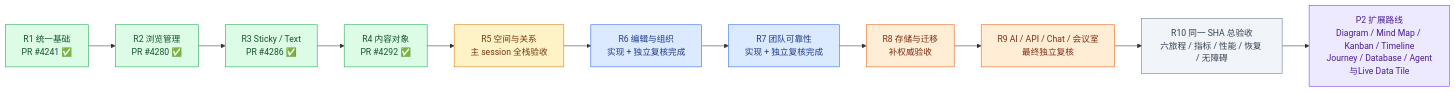
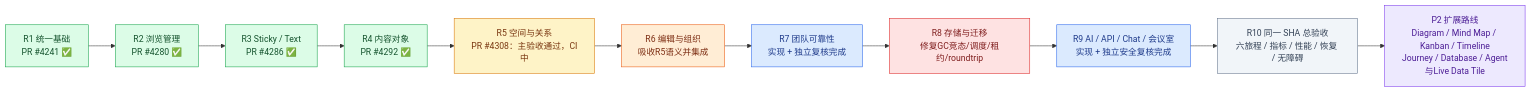
The first of 2 diagrams in phases/phase-19-board-visual-workspace/design-deltas/2026-09-26-unified-board-plan.md (boardx/workspacex), drawn with Mermaid before and after one commit. The commit also changed other lines of this file, not shown here.

````diff
--- a/phases/phase-19-board-visual-workspace/design-deltas/2026-09-26-unified-board-plan.md
+++ b/phases/phase-19-board-visual-workspace/design-deltas/2026-09-26-unified-board-plan.md
@@ -23,19 +23,20 @@
 ```mermaid
 flowchart LR
   R1["R1 统一基础<br/>PR #4241 ✅"]:::merged --> R2["R2 浏览管理<br/>PR #4280 ✅"]:::merged
   R2 --> R3["R3 Sticky / Text<br/>PR #4286 ✅"]:::merged
   R3 --> R4["R4 内容对象<br/>PR #4292 ✅"]:::merged
-  R4 --> R5["R5 空间与关系<br/>主 session 全栈验收"]:::accepting
-  R5 --> R6["R6 编辑与组织<br/>实现 + 独立复核完成"]:::ready
+  R4 --> R5["R5 空间与关系<br/>PR #4308：主验收通过，CI中"]:::accepting
+  R5 --> R6["R6 编辑与组织<br/>吸收R5语义并集成"]:::working
   R6 --> R7["R7 团队可靠性<br/>实现 + 独立复核完成"]:::ready
-  R7 --> R8["R8 存储与迁移<br/>补权威验收"]:::working
-  R8 --> R9["R9 AI / API / Chat / 会议室<br/>最终独立复核"]:::working
+  R7 --> R8["R8 存储与迁移<br/>修复GC竞态/调度/租约/roundtrip"]:::blocked
+  R8 --> R9["R9 AI / API / Chat / 会议室<br/>实现 + 独立安全复核完成"]:::ready
   R9 --> R10["R10 同一 SHA 总验收<br/>六旅程 / 指标 / 性能 / 恢复 / 无障碍"]:::todo
   R10 --> P2["P2 扩展路线<br/>Diagram / Mind Map / Kanban / Timeline<br/>Journey / Database / Agent与Live Data Tile"]:::future
   classDef merged fill:#dcfce7,stroke:#16a34a,color:#14532d
   classDef accepting fill:#fef3c7,stroke:#d97706,color:#78350f
   classDef ready fill:#dbeafe,stroke:#2563eb,color:#1e3a8a
   classDef working fill:#ffedd5,stroke:#ea580c,color:#7c2d12
+  classDef blocked fill:#fee2e2,stroke:#dc2626,color:#7f1d1d
   classDef todo fill:#f1f5f9,stroke:#64748b,color:#334155
   classDef future fill:#ede9fe,stroke:#7c3aed,color:#4c1d95
 ```
````
